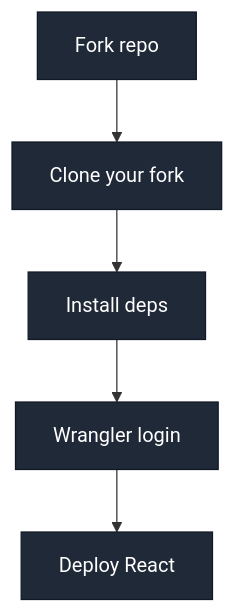
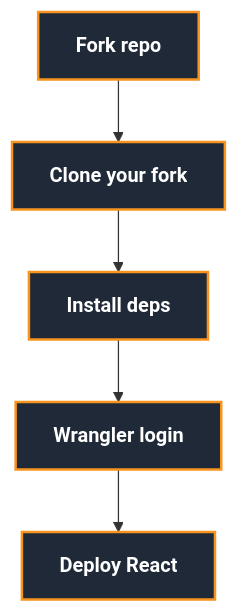
Before and after one commit to PuttTim/orbital-26-deployment-workshop: the seventh of 9 diagrams in slides/pages/part-1.md, drawn with Mermaid. The commit also changed other lines of this file and 1 other file, not shown here.

````diff
--- a/slides/pages/part-1.md
+++ b/slides/pages/part-1.md
@@ -664,10 +666,10 @@
 ```mermaid {scale: 0.52}
 flowchart TB
     F[Fork repo] --> C[Clone your fork]
     C --> I[Install deps]
     I --> L[Wrangler login]
     L --> D[Deploy React]
 
-    classDef step fill:#1f2937,color:#fff,stroke:#111827
+    classDef step fill:#1f2937,color:#ffffff,stroke:#f8941d,stroke-width:2px,font-weight:bold
     class F,C,I,L,D step
 ```
````
